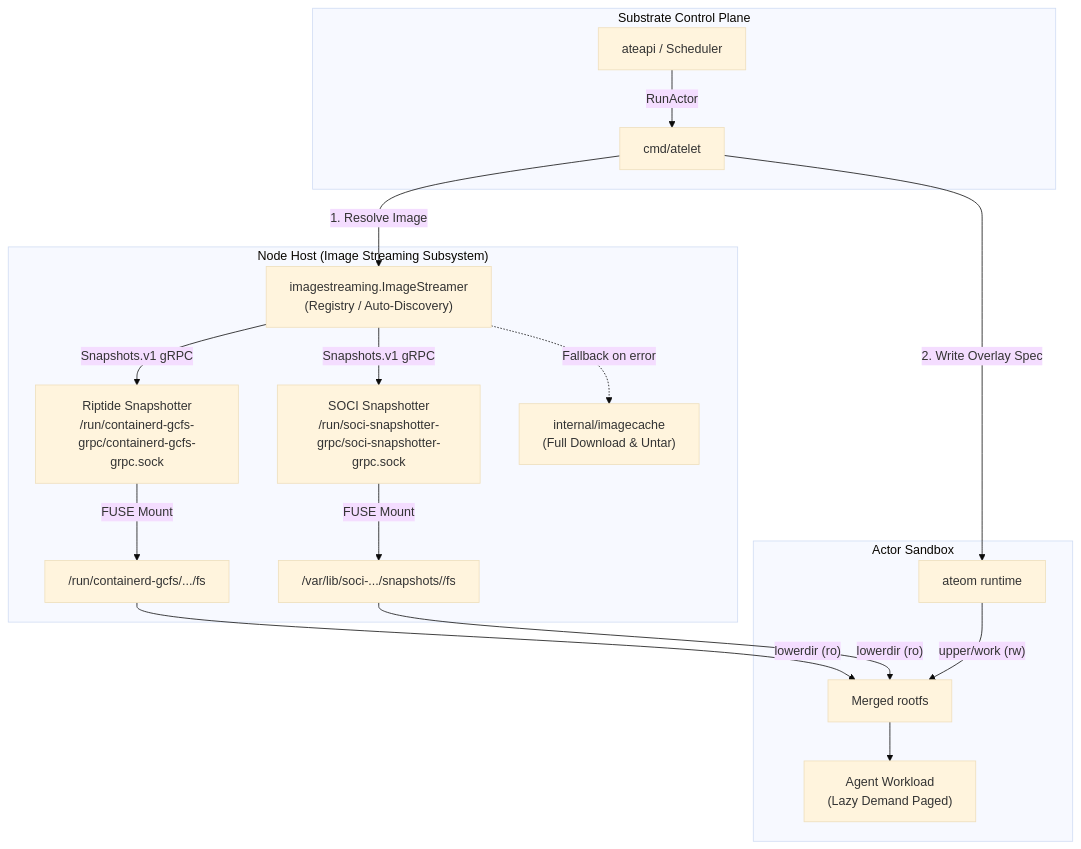
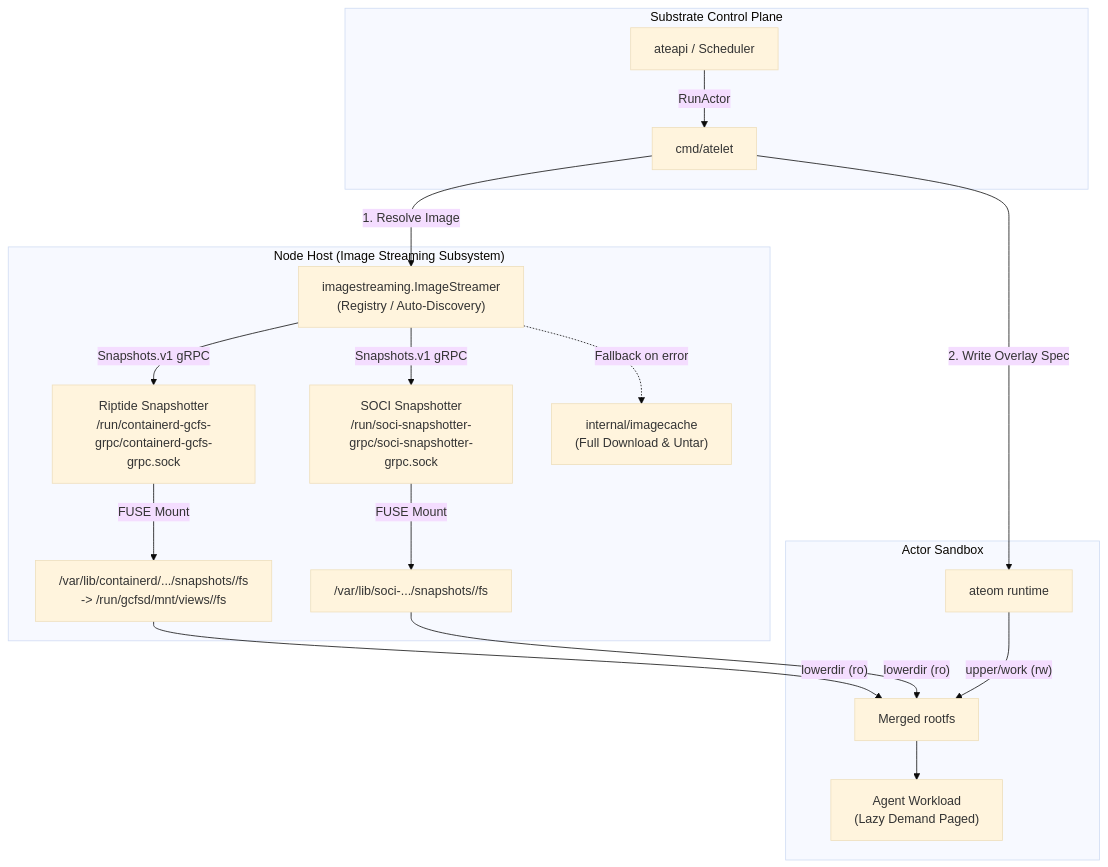
Before and after one commit to agent-substrate/substrate: the first of 2 diagrams in docs/image-streaming-api-design.md, drawn with Mermaid (base theme). The commit also changed other lines of this file and 8 other files, not shown here.

````diff
--- a/docs/image-streaming-api-design.md
+++ b/docs/image-streaming-api-design.md
@@ -111,27 +111,27 @@
 ```mermaid
 flowchart TD
 
     subgraph SubstrateControl["Substrate Control Plane"]
         API[ateapi / Scheduler] -->|RunActor| Atelet[cmd/atelet]
     end
 
     subgraph SubstrateHost["Node Host (Image Streaming Subsystem)"]
         Atelet -->|1. Resolve Image| StreamerMux["imagestreaming.ImageStreamer<br/>(Registry / Auto-Discovery)"]
         
         StreamerMux -->|Snapshots.v1 gRPC| GCFS["Riptide Snapshotter<br/>/run/containerd-gcfs-grpc/containerd-gcfs-grpc.sock"]
         StreamerMux -->|Snapshots.v1 gRPC| SOCI["SOCI Snapshotter<br/>/run/soci-snapshotter-grpc/soci-snapshotter-grpc.sock"]
         
         StreamerMux -.->|Fallback on error| ImgCache["internal/imagecache<br/>(Full Download & Untar)"]
         
-        GCFS -->|FUSE Mount| LayerView1["/run/containerd-gcfs/.../fs"]
+        GCFS -->|FUSE Mount| LayerView1["/var/lib/containerd/.../snapshots/<id>/fs<br/>-> /run/gcfsd/mnt/views/<diffID>/fs"]
         SOCI -->|FUSE Mount| LayerView2["/var/lib/soci-.../snapshots/<id>/fs"]
     end
 
     subgraph ActorSandbox["Actor Sandbox"]
         Atelet -->|2. Write Overlay Spec| Ateom[ateom runtime]
         %% Parentheses in labels are wrapped in string quotes below
         LayerView1 & LayerView2 -- "lowerdir (ro)" --> OverlayFS["Merged rootfs"]
         Ateom -- "upper/work (rw)" --> OverlayFS
         OverlayFS --> Workload["Agent Workload<br/>(Lazy Demand Paged)"]
     end
 ```
````
